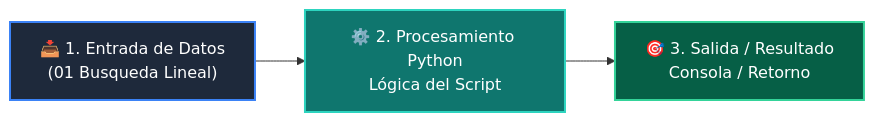
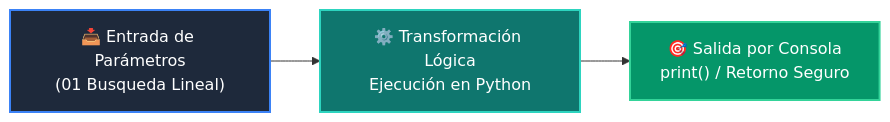
Before and after one commit to wisrovi/wisrovi-python: the diagram in 02-algoritmos-estructuras/clase-04-algoritmos-busqueda/ejemplos/ejemplo_01_busqueda_lineal/README.md, drawn with Mermaid. The commit also changed other lines of this file and 226 other files, not shown here.

Commit message:
docs: elevate all repository READMEs to world-class mastery standard with rich pedagogical architecture, custom Mermaids, and professional styling

````diff
--- a/02-algoritmos-estructuras/clase-04-algoritmos-busqueda/ejemplos/ejemplo_01_busqueda_lineal/README.md
+++ b/02-algoritmos-estructuras/clase-04-algoritmos-busqueda/ejemplos/ejemplo_01_busqueda_lineal/README.md
@@ -12,9 +19,9 @@
 ```mermaid
 flowchart LR
-    A["📥 1. Entrada de Datos<br/>(01 Busqueda Lineal)"] --> B["⚙️ 2. Procesamiento Python<br/>Lógica del Script"]
-    B --> C["🎯 3. Salida / Resultado<br/>Consola / Retorno"]
+    A["📥 Entrada de Parámetros<br/>(01 Busqueda Lineal)"] --> B["⚙️ Transformación Lógica<br/>Ejecución en Python"]
+    B --> C["🎯 Salida por Consola<br/>print() / Retorno Seguro"]
 
-    style A fill:#1e293b,color:#fff,stroke:#3b82f6,stroke-width:2px
-    style B fill:#0f766e,color:#fff,stroke:#2dd4bf,stroke-width:2px
-    style C fill:#065f46,color:#fff,stroke:#34d399,stroke-width:2px
+    style A fill:#1e293b,color:#ffffff,stroke:#3b82f6,stroke-width:2px
+    style B fill:#0f766e,color:#ffffff,stroke:#2dd4bf,stroke-width:2px
+    style C fill:#059669,color:#ffffff,stroke:#34d399,stroke-width:2px
 ```
````
